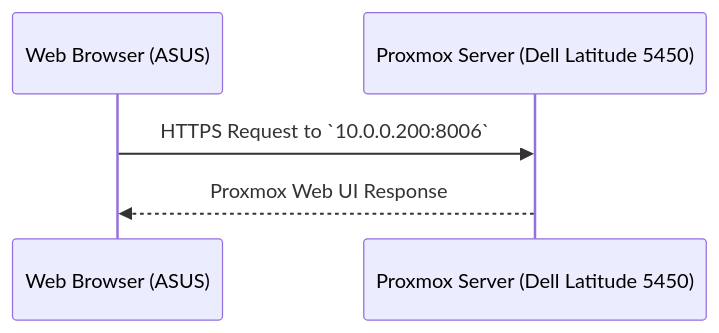
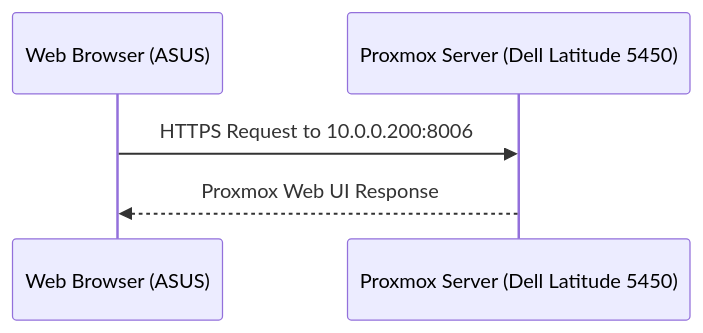
The fifth of 5 diagrams in docs/Proxmox_Setup.md (ccook451/Ultimate-SEAR-Security-Lab), drawn with Mermaid before and after one commit. The commit also changed other lines of this file, not shown here.

````diff
--- a/docs/Proxmox_Setup.md
+++ b/docs/Proxmox_Setup.md
@@ -121,8 +121,8 @@
 ```mermaid
 sequenceDiagram
     participant User as Web Browser (ASUS)
     participant Proxmox as Proxmox Server (Dell Latitude 5450)
 
-    User->>Proxmox: HTTPS Request to `10.0.0.200:8006`
+    User->>Proxmox: HTTPS Request to 10.0.0.200:8006
     Proxmox-->>User: Proxmox Web UI Response
 ```
````
